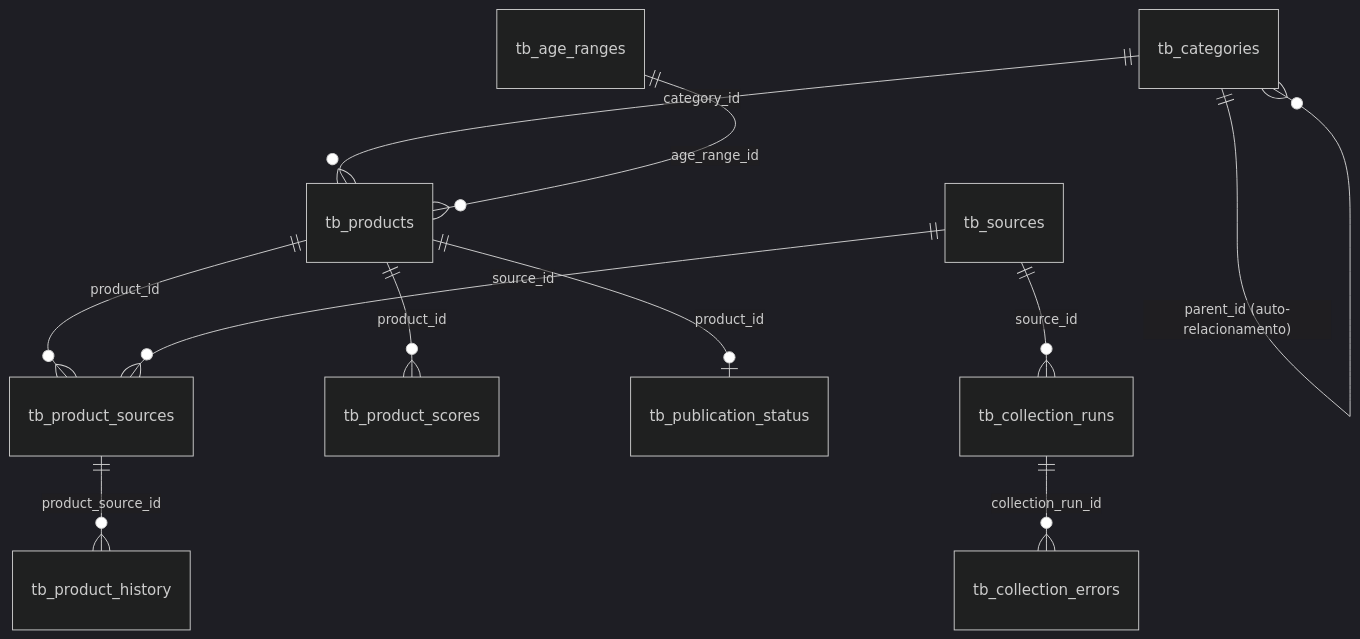
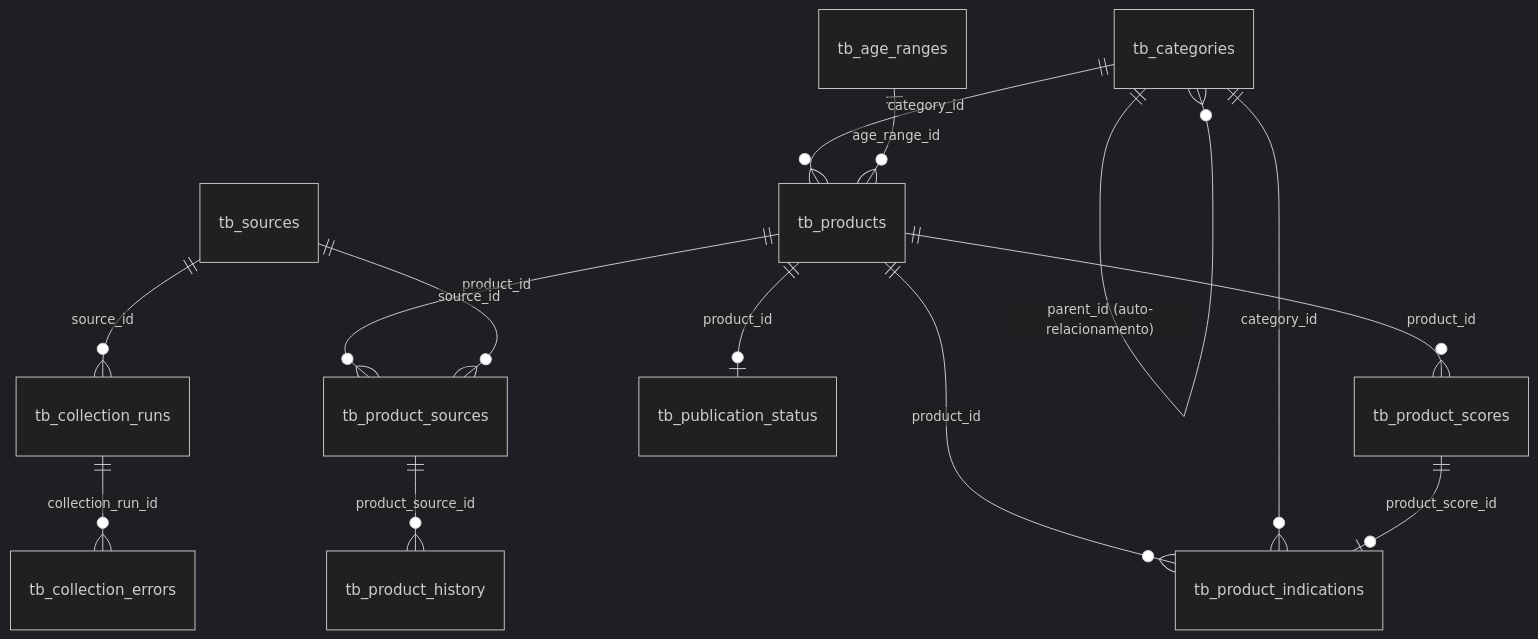
Before and after one commit to rmgerem/ninho_mimo_trends: the diagram in docs/database.md, drawn with Mermaid (dark theme). The commit also changed other lines of this file and 17 other files, not shown here.

````diff
--- a/docs/database.md
+++ b/docs/database.md
@@ -11,13 +11,16 @@
 ```mermaid
 erDiagram
     tb_categories ||--o{ tb_categories : "parent_id (auto-relacionamento)"
     tb_categories ||--o{ tb_products : "category_id"
     tb_age_ranges ||--o{ tb_products : "age_range_id"
     tb_products ||--o{ tb_product_sources : "product_id"
     tb_products ||--o{ tb_product_scores : "product_id"
+    tb_products ||--o{ tb_product_indications : "product_id"
+    tb_categories ||--o{ tb_product_indications : "category_id"
+    tb_product_scores ||--o| tb_product_indications : "product_score_id"
     tb_products ||--o| tb_publication_status : "product_id"
     tb_sources ||--o{ tb_product_sources : "source_id"
     tb_sources ||--o{ tb_collection_runs : "source_id"
     tb_product_sources ||--o{ tb_product_history : "product_source_id"
     tb_collection_runs ||--o{ tb_collection_errors : "collection_run_id"
 ```
````
